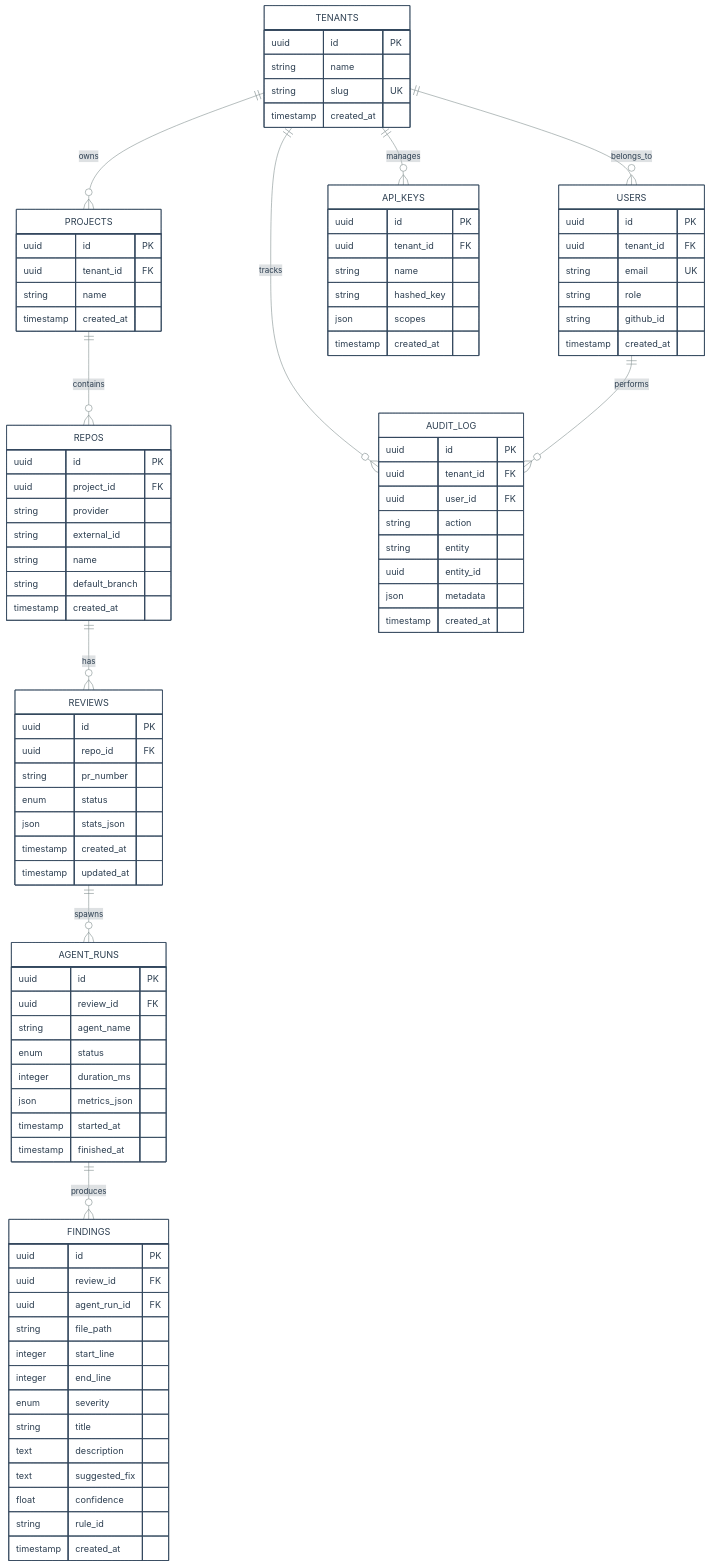
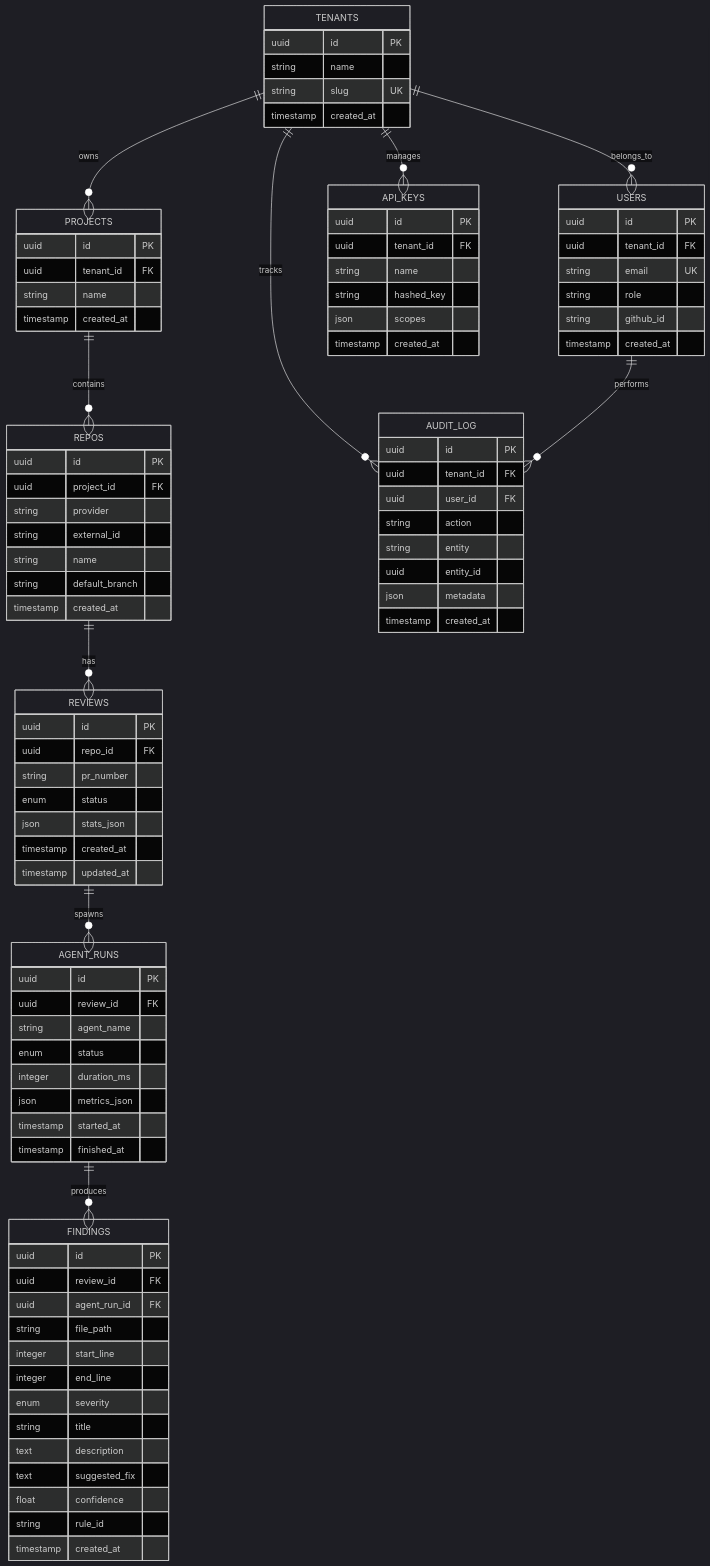
Before and after one commit to PriscillaOng12/AI-Code-Review-Squad: the third of 7 diagrams in docs/ARCHITECTURE.md, drawn with Mermaid. The commit also changed other lines of this file, not shown here.

````diff
--- a/docs/ARCHITECTURE.md
+++ b/docs/ARCHITECTURE.md
@@ -219,5 +219,5 @@
 ```mermaid
-%%{init: {'theme': 'base', 'themeVariables': {'primaryColor': '#ffffff', 'primaryTextColor': '#2c3e50', 'primaryBorderColor': '#34495e', 'lineColor': '#7f8c8d', 'secondaryColor': '#ecf0f1', 'tertiaryColor': '#bdc3c7', 'background': '#ffffff', 'mainBkg': '#ffffff', 'secondBkg': '#ecf0f1', 'entityBkg': '#e8f5e8', 'entityTextColor': '#2c3e50', 'relationshipLabelColor': '#2c3e50', 'relationshipLabelBackground': '#ffffff'}}}%%
+%%{init: {'theme': 'dark', 'themeVariables': {'primaryColor': 'transparent', 'primaryTextColor': '#ffffff', 'primaryBorderColor': '#ffffff', 'lineColor': '#ffffff', 'secondaryColor': 'transparent', 'tertiaryColor': 'transparent', 'background': 'transparent', 'mainBkg': 'transparent', 'secondBkg': 'transparent', 'entityBkg': 'transparent', 'entityTextColor': '#ffffff', 'relationshipLabelColor': '#ffffff', 'relationshipLabelBackground': 'transparent', 'entityBorderColor': '#ffffff'}}}%%
 erDiagram
     TENANTS ||--o{ USERS : "belongs_to"
     TENANTS ||--o{ PROJECTS : "owns"
````
